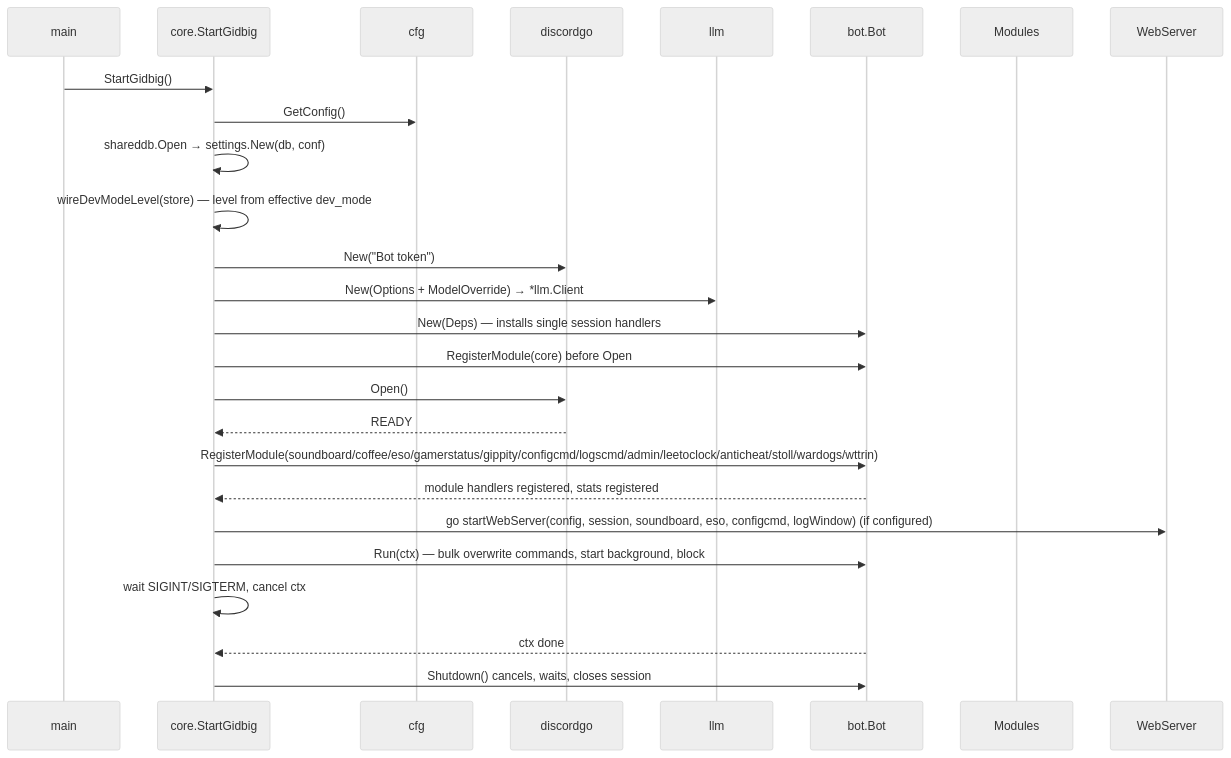
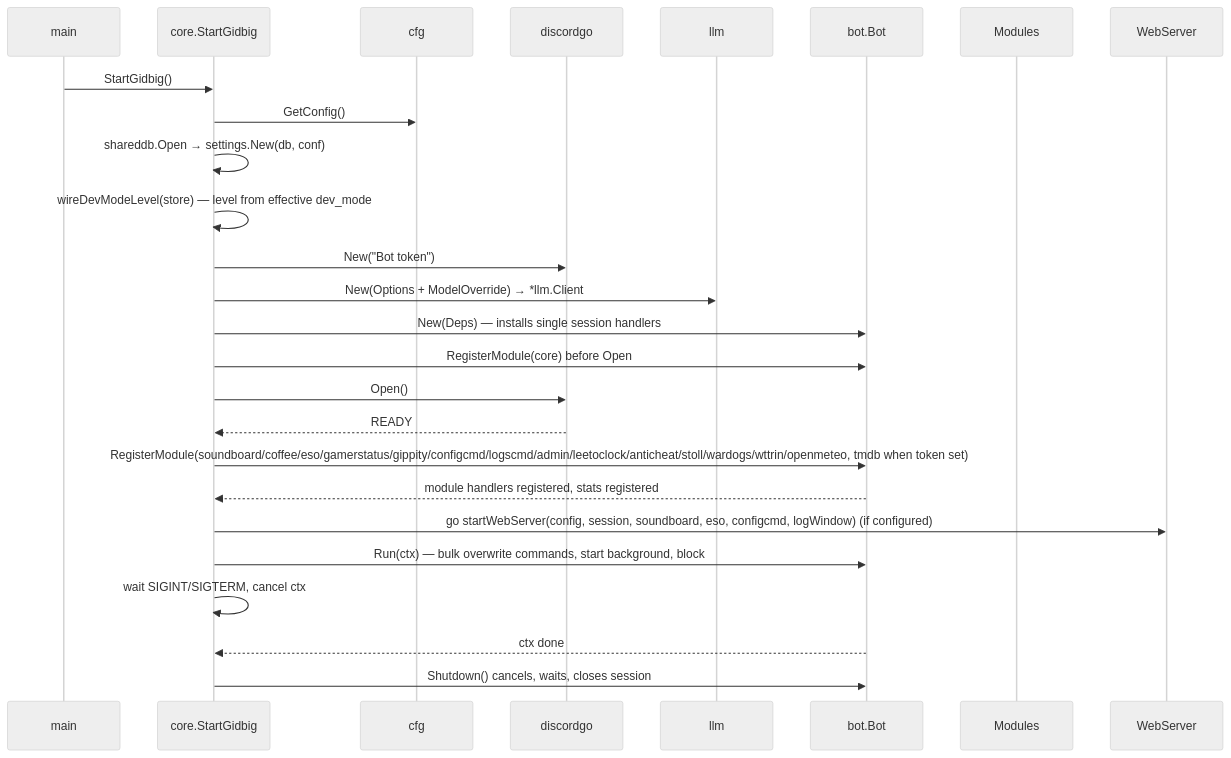
The first of 3 diagrams in docs/modules/core.md (toksikk/gidbig), drawn with Mermaid (neutral theme) before and after one commit. The commit also changed 4 other files, not shown here.

Commit message:
docs: document tmdb module

````diff
--- a/docs/modules/core.md
+++ b/docs/modules/core.md
@@ -54,29 +54,29 @@
 ```mermaid
 sequenceDiagram
     participant main
     participant core as core.StartGidbig
     participant cfg
     participant dg as discordgo
     participant llm
     participant bot as bot.Bot
     participant mod as Modules
     participant web as WebServer
 
     main->>core: StartGidbig()
     core->>cfg: GetConfig()
     core->>core: shareddb.Open → settings.New(db, conf)
     core->>core: wireDevModeLevel(store) — level from effective dev_mode
     core->>dg: New("Bot token")
     core->>llm: New(Options + ModelOverride) → *llm.Client
     core->>bot: New(Deps) — installs single session handlers
     core->>bot: RegisterModule(core) before Open
     core->>dg: Open()
     dg-->>core: READY
-    core->>bot: RegisterModule(soundboard/coffee/eso/gamerstatus/gippity/configcmd/logscmd/admin/leetoclock/anticheat/stoll/wardogs/wttrin)
+    core->>bot: RegisterModule(soundboard/coffee/eso/gamerstatus/gippity/configcmd/logscmd/admin/leetoclock/anticheat/stoll/wardogs/wttrin/openmeteo, tmdb when token set)
     bot-->>core: module handlers registered, stats registered
     core->>web: go startWebServer(config, session, soundboard, eso, configcmd, logWindow) (if configured)
     core->>bot: Run(ctx) — bulk overwrite commands, start background, block
     core->>core: wait SIGINT/SIGTERM, cancel ctx
     bot-->>core: ctx done
     core->>bot: Shutdown() cancels, waits, closes session
 ```
````
